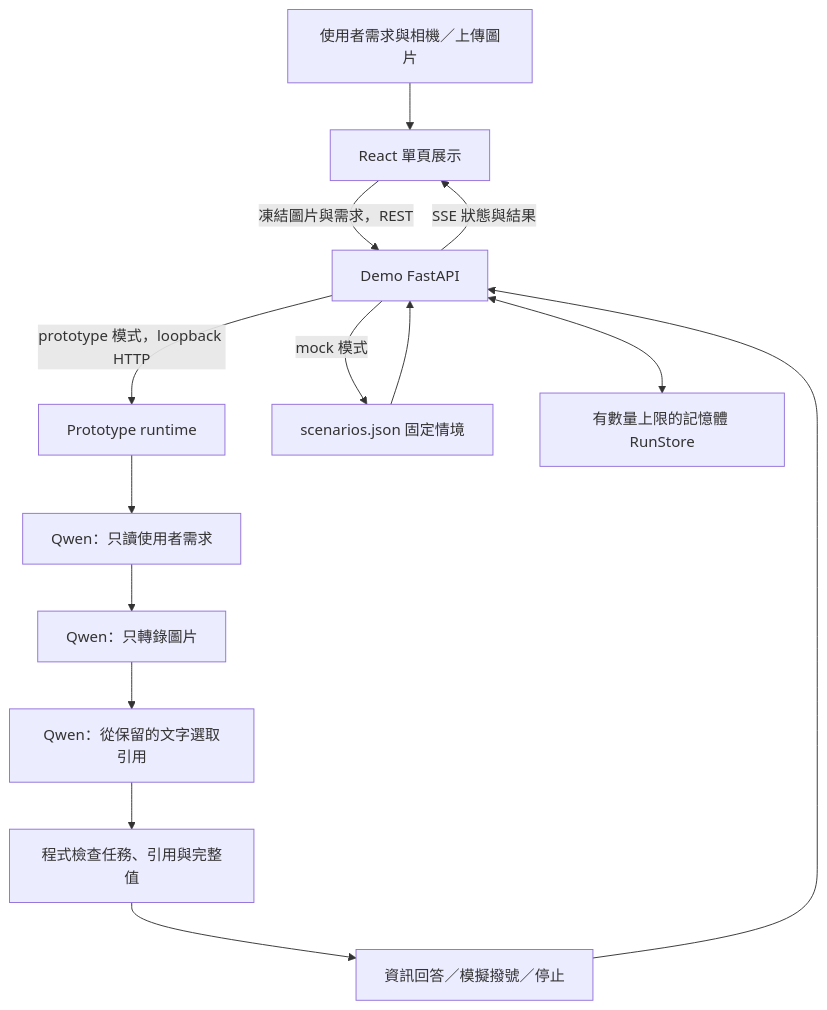
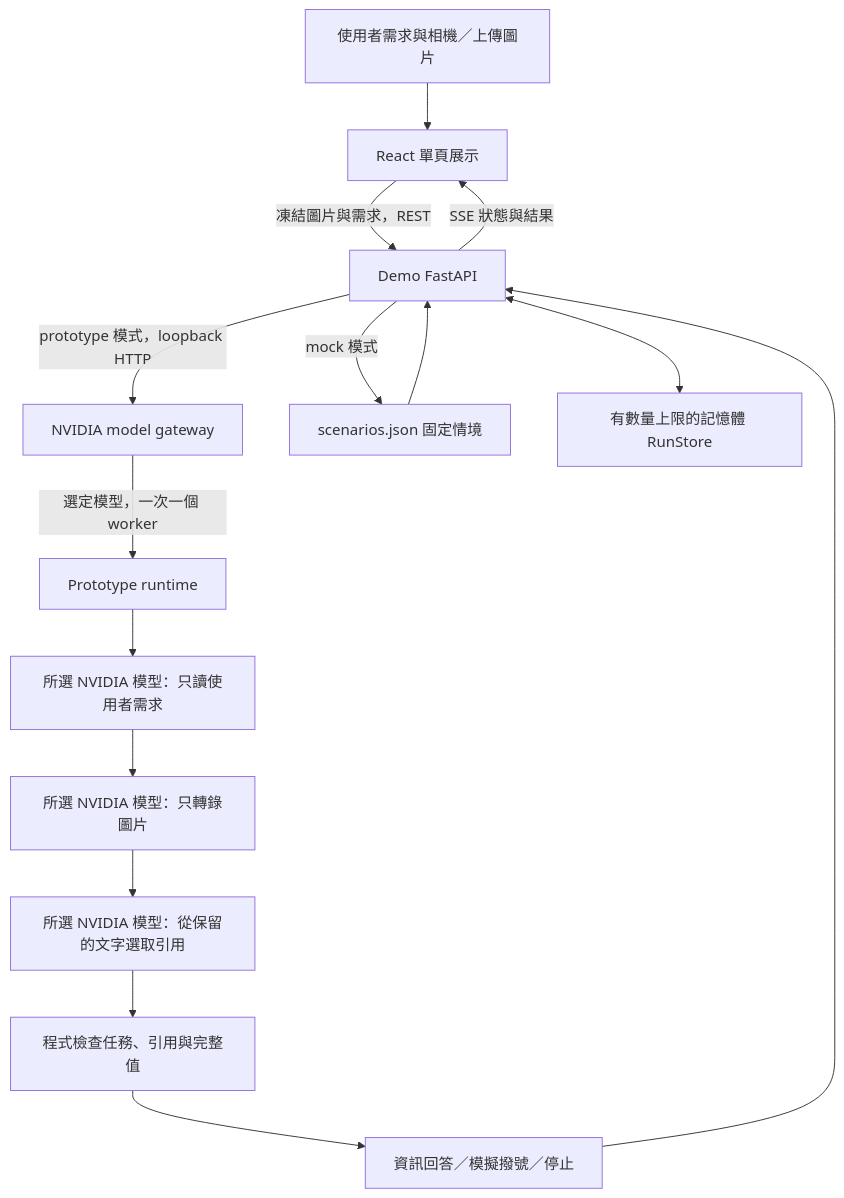
The diagram in docs/architecture.md (tyc4d/FM26-LensGuard-Demo), drawn with Mermaid before and after one commit. The commit also changed other lines of this file and 27 other files, not shown here.

Commit message:
Add NVIDIA-only model selection to the live demo

````diff
--- a/docs/architecture.md
+++ b/docs/architecture.md
@@ -3,16 +3,17 @@
 ```mermaid
 flowchart TD
     U[使用者需求與相機／上傳圖片] --> F[React 單頁展示]
     F -->|凍結圖片與需求，REST| B[Demo FastAPI]
     B -->|SSE 狀態與結果| F
-    B -->|prototype 模式，loopback HTTP| P[Prototype runtime]
+    B -->|prototype 模式，loopback HTTP| N[NVIDIA model gateway]
+    N -->|選定模型，一次一個 worker| P[Prototype runtime]
     B -->|mock 模式| M[scenarios.json 固定情境]
-    P --> T[Qwen：只讀使用者需求]
-    T --> V[Qwen：只轉錄圖片]
-    V --> S[Qwen：從保留的文字選取引用]
+    P --> T[所選 NVIDIA 模型：只讀使用者需求]
+    T --> V[所選 NVIDIA 模型：只轉錄圖片]
+    V --> S[所選 NVIDIA 模型：從保留的文字選取引用]
     S --> G[程式檢查任務、引用與完整值]
     G --> O[資訊回答／模擬撥號／停止]
     O --> B
     M --> B
     B <--> R[有數量上限的記憶體 RunStore]
 ```
````
